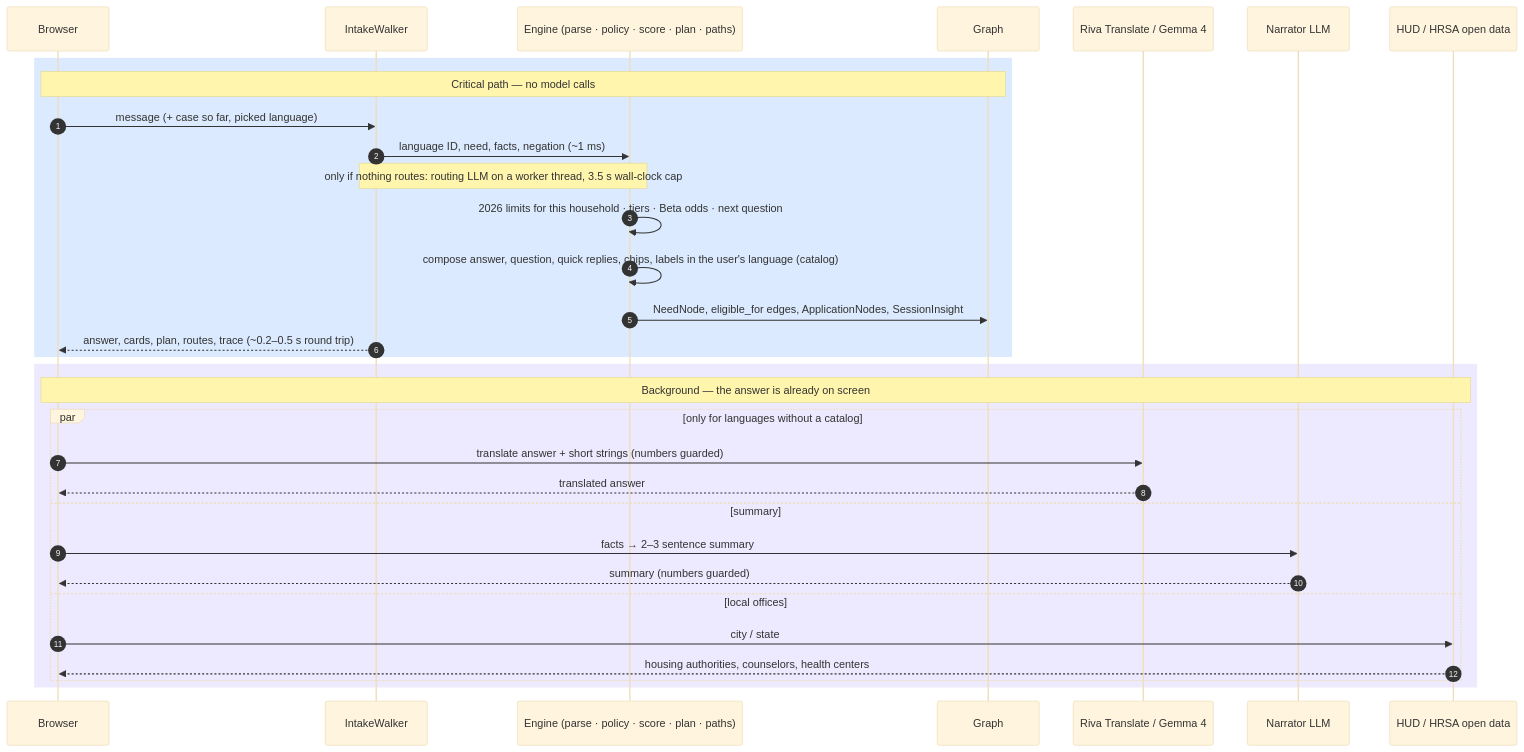
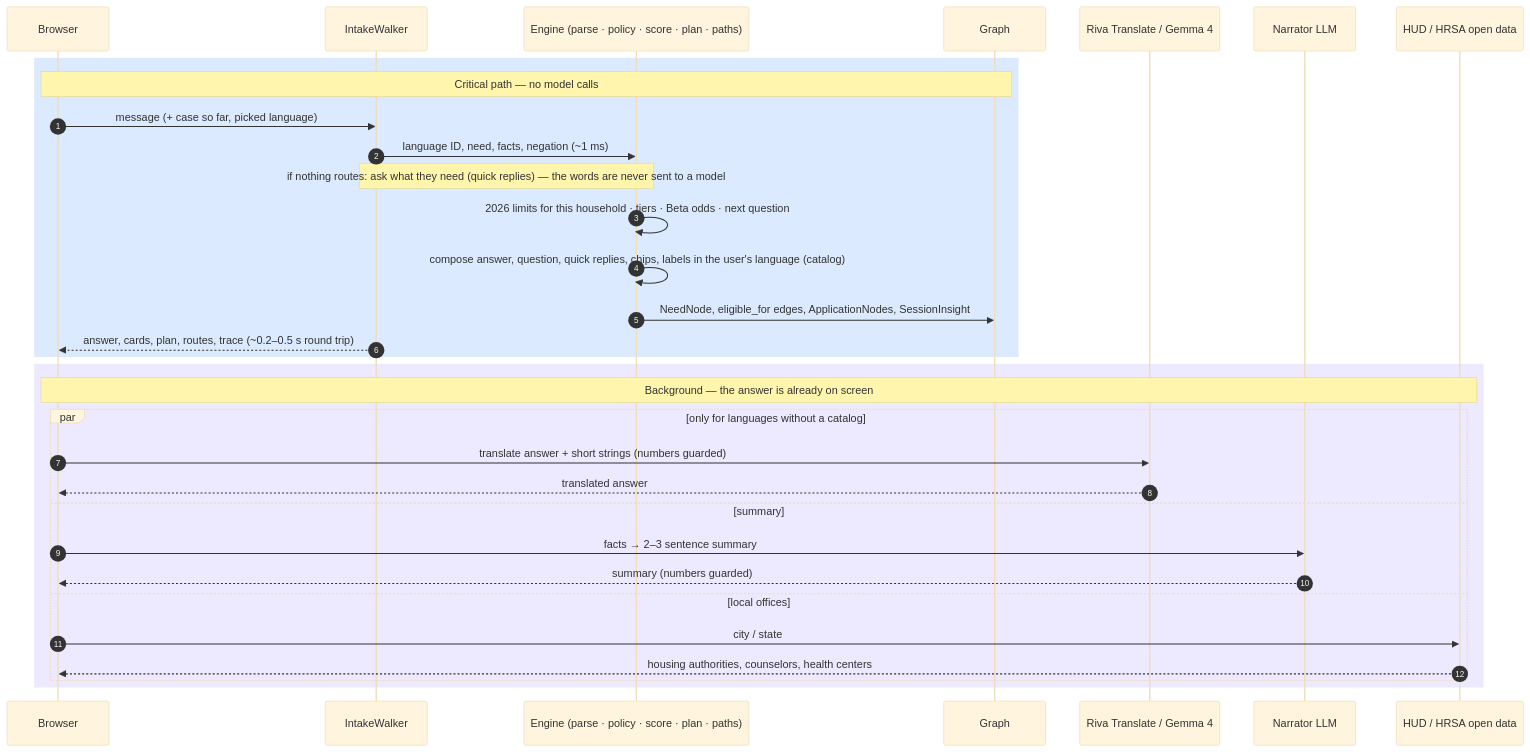
Before and after one commit to Anbu-00001/CivicMesh: the second of 11 diagrams in README.md, drawn with Mermaid (base theme). The commit also changed other lines of this file and 24 other files, not shown here.

````diff
--- a/README.md
+++ b/README.md
@@ -155,36 +161,36 @@
 ```mermaid
 sequenceDiagram
     autonumber
     participant B as Browser
     participant I as IntakeWalker
     participant E as Engine (parse · policy · score · plan · paths)
     participant G as Graph
     participant T as Riva Translate / Gemma 4
     participant L as Narrator LLM
     participant O as HUD / HRSA open data
 
     rect rgb(219, 234, 254)
     Note over B,G: Critical path — no model calls
     B->>I: message (+ case so far, picked language)
     I->>E: language ID, need, facts, negation (~1 ms)
-    Note over I,E: only if nothing routes: routing LLM on a worker thread, 3.5 s wall-clock cap
+    Note over I,E: if nothing routes: ask what they need (quick replies) — the words are never sent to a model
     E->>E: 2026 limits for this household · tiers · Beta odds · next question
     E->>E: compose answer, question, quick replies, chips, labels in the user's language (catalog)
     E->>G: NeedNode, eligible_for edges, ApplicationNodes, SessionInsight
     I-->>B: answer, cards, plan, routes, trace (~0.2–0.5 s round trip)
     end
 
     rect rgb(237, 233, 254)
     Note over B,O: Background — the answer is already on screen
     par only for languages without a catalog
         B->>T: translate answer + short strings (numbers guarded)
         T-->>B: translated answer
     and summary
         B->>L: facts → 2–3 sentence summary
         L-->>B: summary (numbers guarded)
     and local offices
         B->>O: city / state
         O-->>B: housing authorities, counselors, health centers
     end
     end
 ```
````
